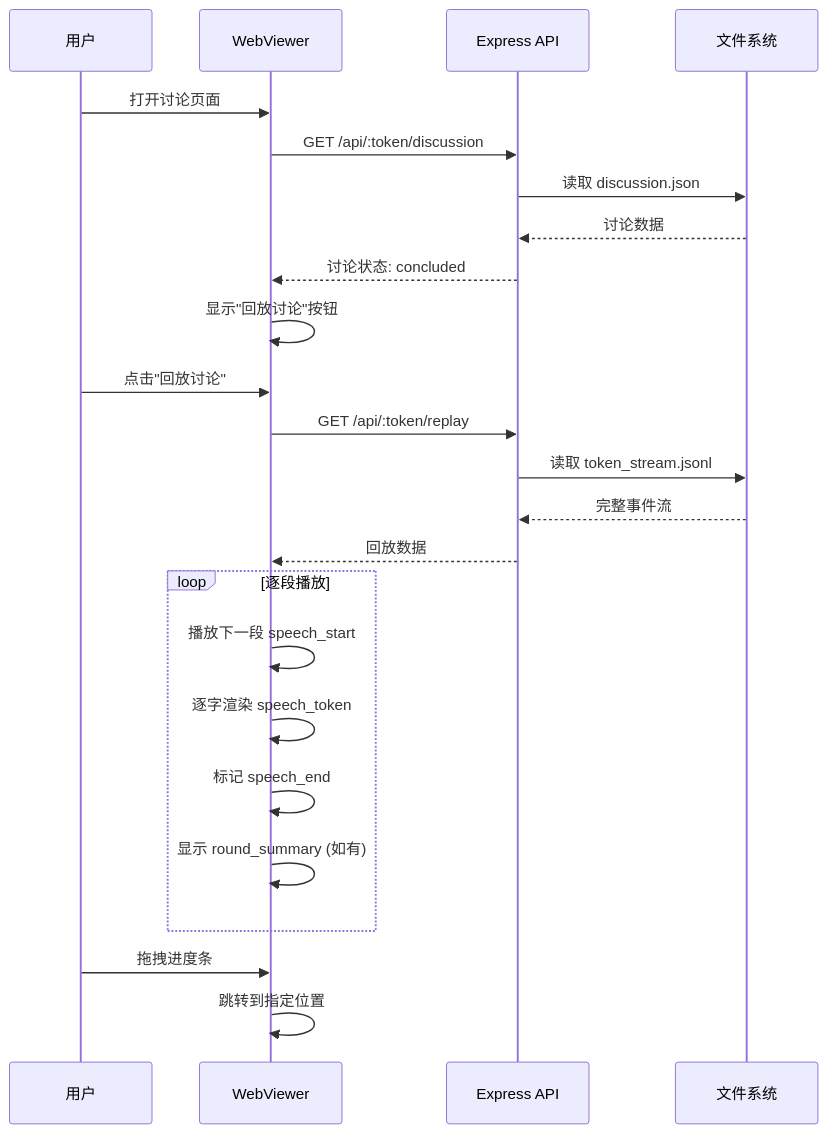
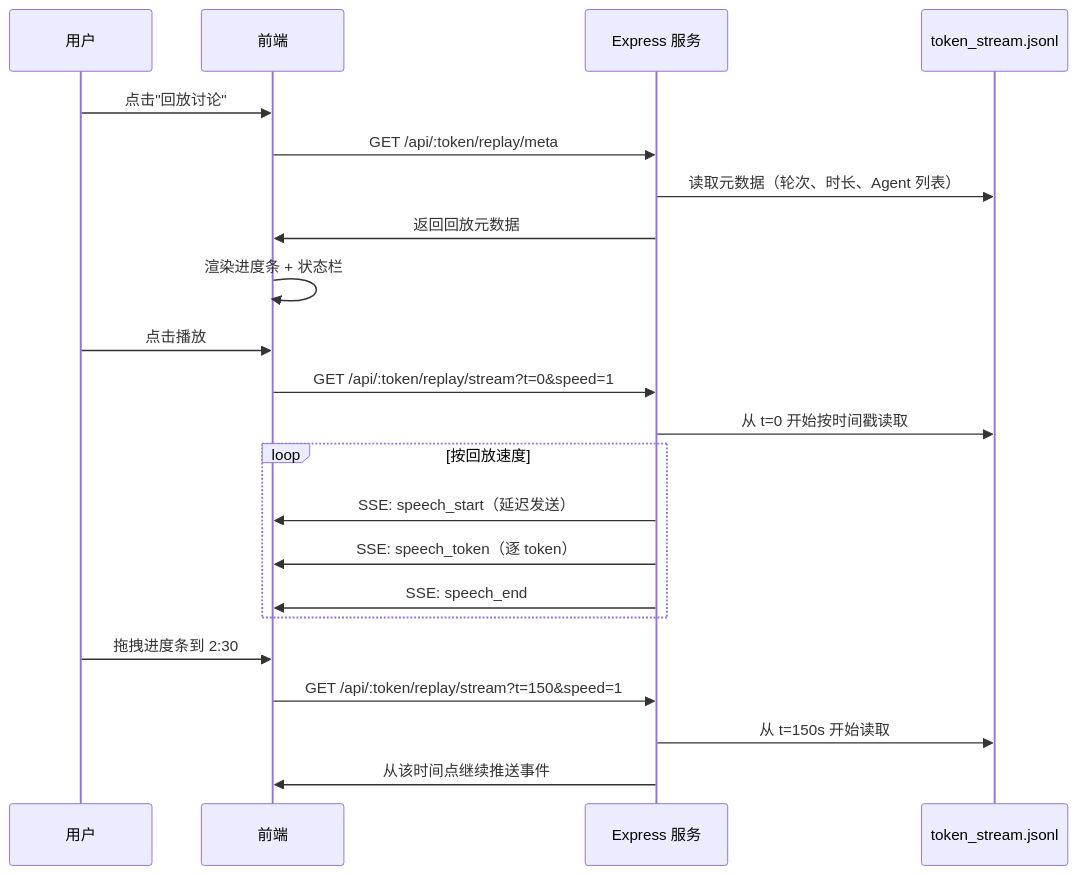
One commit to MoyuFamily/agent-roundtable changed the second of 3 diagrams in docs/product/PRD-sprint2.md. Above: the diagram before and after it, drawn with Mermaid. The commit also changed other lines of this file, not shown here.

````diff
--- a/docs/product/PRD-sprint2.md
+++ b/docs/product/PRD-sprint2.md
@@ -360,31 +214,28 @@
 ```mermaid
 sequenceDiagram
-    participant User as 用户
-    participant Web as WebViewer
-    participant API as Express API
-    participant FS as 文件系统
+    participant U as 用户
+    participant F as 前端
+    participant EX as Express 服务
+    participant DB as token_stream.jsonl
+
+    U->>F: 点击"回放讨论"
+    F->>EX: GET /api/:token/replay/meta
+    EX->>DB: 读取元数据（轮次、时长、Agent 列表）
+    EX->>F: 返回回放元数据
+    F->>F: 渲染进度条 + 状态栏
+
+    U->>F: 点击播放
+    F->>EX: GET /api/:token/replay/stream?t=0&speed=1
+    EX->>DB: 从 t=0 开始按时间戳读取
     
-    User->>Web: 打开讨论页面
-    Web->>API: GET /api/:token/discussion
-    API->>FS: 读取 discussion.json
-    FS-->>API: 讨论数据
-    API-->>Web: 讨论状态: concluded
-    
-    Web->>Web: 显示"回放讨论"按钮
-    User->>Web: 点击"回放讨论"
-    
-    Web->>API: GET /api/:token/replay
-    API->>FS: 读取 token_stream.jsonl
-    FS-->>API: 完整事件流
-    API-->>Web: 回放数据
-    
-    loop 逐段播放
-        Web->>Web: 播放下一段 speech_start
-        Web->>Web: 逐字渲染 speech_token
-        Web->>Web: 标记 speech_end
-        Web->>Web: 显示 round_summary (如有)
+    loop 按回放速度
+        EX->>F: SSE: speech_start（延迟发送）
+        EX->>F: SSE: speech_token（逐 token）
+        EX->>F: SSE: speech_end
     end
     
-    User->>Web: 拖拽进度条
-    Web->>Web: 跳转到指定位置
+    U->>F: 拖拽进度条到 2:30
+    F->>EX: GET /api/:token/replay/stream?t=150&speed=1
+    EX->>DB: 从 t=150s 开始读取
+    EX->>F: 从该时间点继续推送事件
 ```
````
